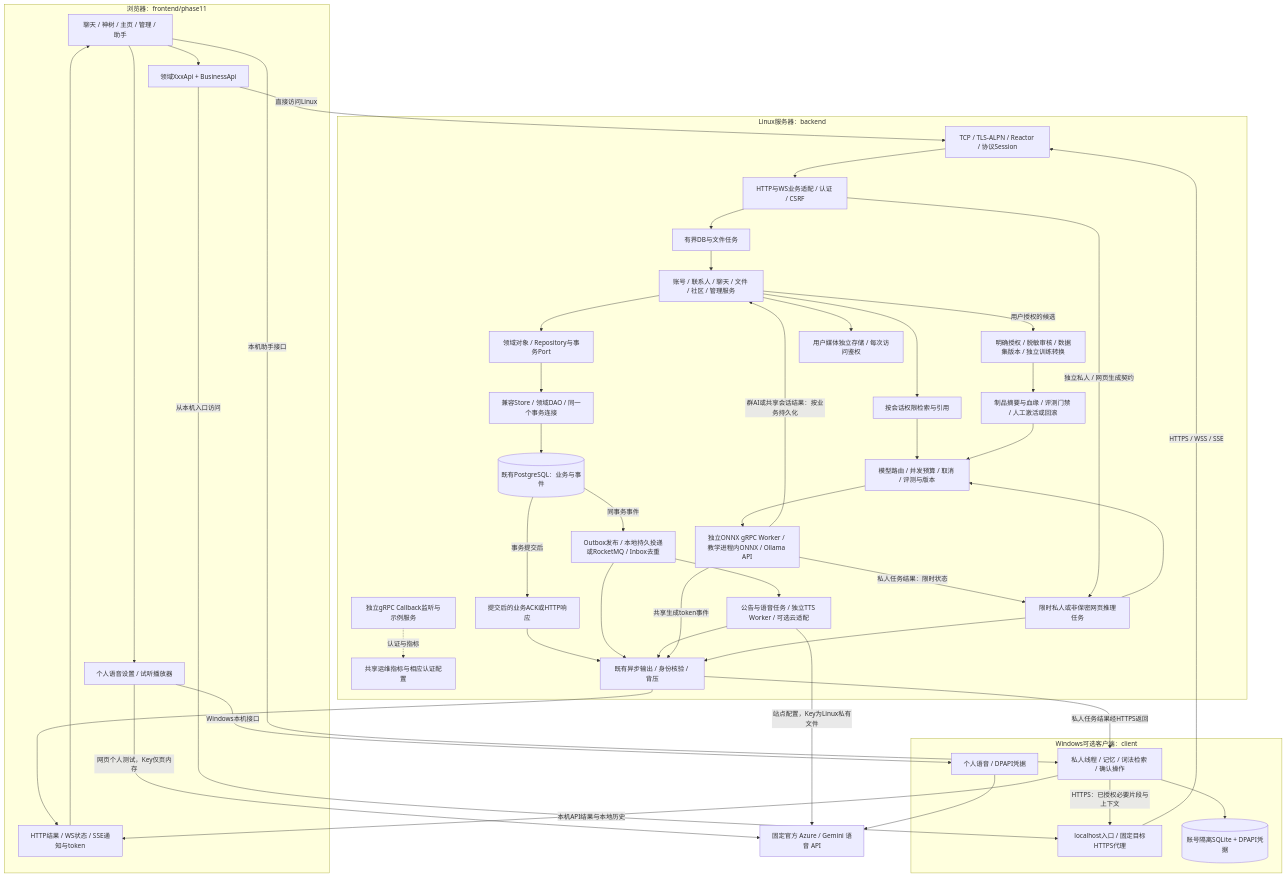
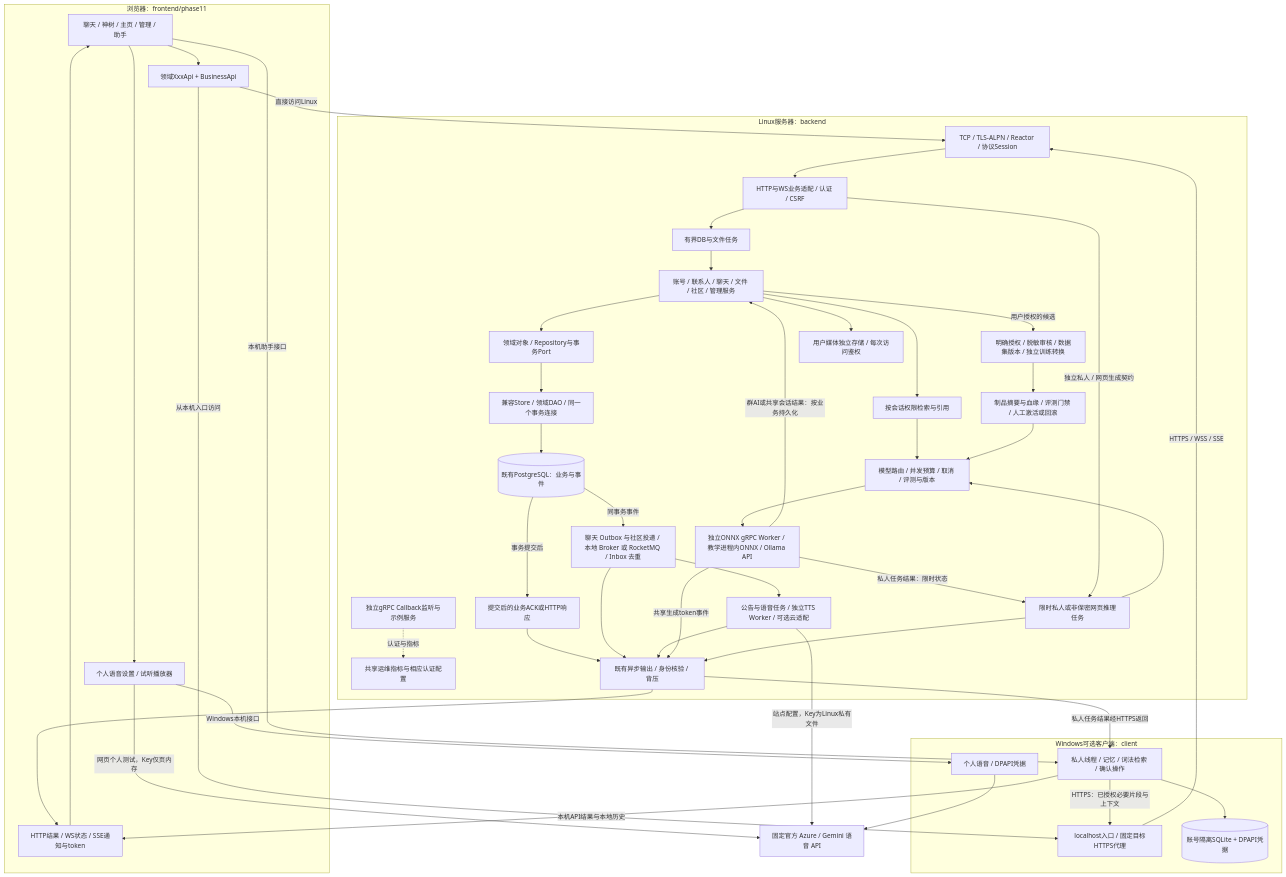
Before and after one commit to aurora-deng/web: the first of 2 diagrams in docs/architecture/business/flows/current-end-to-end.md, drawn with Mermaid. The commit also changed other lines of this file and 41 other files, not shown here.

````diff
--- a/docs/architecture/business/flows/current-end-to-end.md
+++ b/docs/architecture/business/flows/current-end-to-end.md
@@ -7,66 +7,66 @@
 ```mermaid
 flowchart TB
     subgraph Browser[浏览器：frontend/phase11]
         UI[聊天 / 神树 / 主页 / 管理 / 助手]
         Voice[个人语音设置 / 试听播放器]
         API[领域XxxApi + BusinessApi]
         Render[HTTP结果 / WS状态 / SSE通知与token]
         UI --> API
         Render --> UI
     end
     subgraph Client[Windows可选客户端：client]
         Entry[localhost入口 / 固定目标HTTPS代理]
         Personal[私人线程 / 记忆 / 词法检索 / 确认操作]
         LocalSpeech[个人语音 / DPAPI凭据]
         SQLite[(账号隔离SQLite + DPAPI凭据)]
         Personal --> SQLite
     end
     subgraph Backend[Linux服务器：backend]
         Net[TCP / TLS-ALPN / Reactor / 协议Session]
         Rpc[独立gRPC Callback监听与示例服务]
         Ops[共享运维指标与相应认证配置]
         Adapter[HTTP与WS业务适配 / 认证 / CSRF]
         DBTasks[有界DB与文件任务]
         Service[账号 / 联系人 / 聊天 / 文件 / 社区 / 管理服务]
         Ports[领域对象 / Repository与事务Port]
         Store[兼容Store / 领域DAO / 同一个事务连接]
         PG[(既有PostgreSQL：业务与事件)]
         Ack[提交后的业务ACK或HTTP响应]
-        Delivery[Outbox发布 / 本地持久投递或RocketMQ / Inbox去重]
+        Delivery[聊天 Outbox 与社区投递 / 本地 Broker 或 RocketMQ / Inbox 去重]
         Output[既有异步输出 / 身份核验 / 背压]
         Model[模型路由 / 并发预算 / 取消 / 评测与版本]
         Infer[独立ONNX gRPC Worker / 教学进程内ONNX / Ollama API]
         PrivateTask[限时私人或非保密网页推理任务]
         SharedRag[按会话权限检索与引用]
         Train[明确授权 / 脱敏审核 / 数据集版本 / 独立训练转换]
         Publish[制品摘要与血缘 / 评测门禁 / 人工激活或回滚]
         Speech[公告与语音任务 / 独立TTS Worker / 可选云适配]
         Assets[用户媒体独立存储 / 每次访问鉴权]
         Rpc -.认证与指标.-> Ops
         Net --> Adapter --> DBTasks --> Service --> Ports --> Store --> PG
         PG -->|事务提交后| Ack --> Output
         PG -->|同事务事件| Delivery --> Output
         Delivery --> Speech --> Output
         Service --> Assets
         Service --> SharedRag --> Model --> Infer
         PrivateTask --> Model
         Service -->|用户授权的候选| Train --> Publish --> Model
         Infer -->|群AI或共享会话结果：按业务持久化| Service
         Infer -->|共享生成token事件| Output
         Infer -->|私人任务结果：限时状态| PrivateTask
         PrivateTask --> Output
     end
     CloudSpeech[固定官方 Azure / Gemini 语音 API]
     UI --> Voice
     Voice -->|网页个人测试，Key仅页内存| CloudSpeech
     Voice -->|Windows本机接口| LocalSpeech --> CloudSpeech
     Speech -->|站点配置，Key为Linux私有文件| CloudSpeech
     API -->|直接访问Linux| Net
     API -->|从本机入口访问| Entry -->|HTTPS / WSS / SSE| Net
     UI -->|本机助手接口| Personal
     Personal -->|HTTPS：已授权必要片段与上下文| Entry
     Adapter -->|独立私人 / 网页生成契约| PrivateTask
     Output --> Render
     Output -->|私人任务结果经HTTPS返回| Personal
     Personal -->|本机API结果与本地历史| Render
 ```
````
